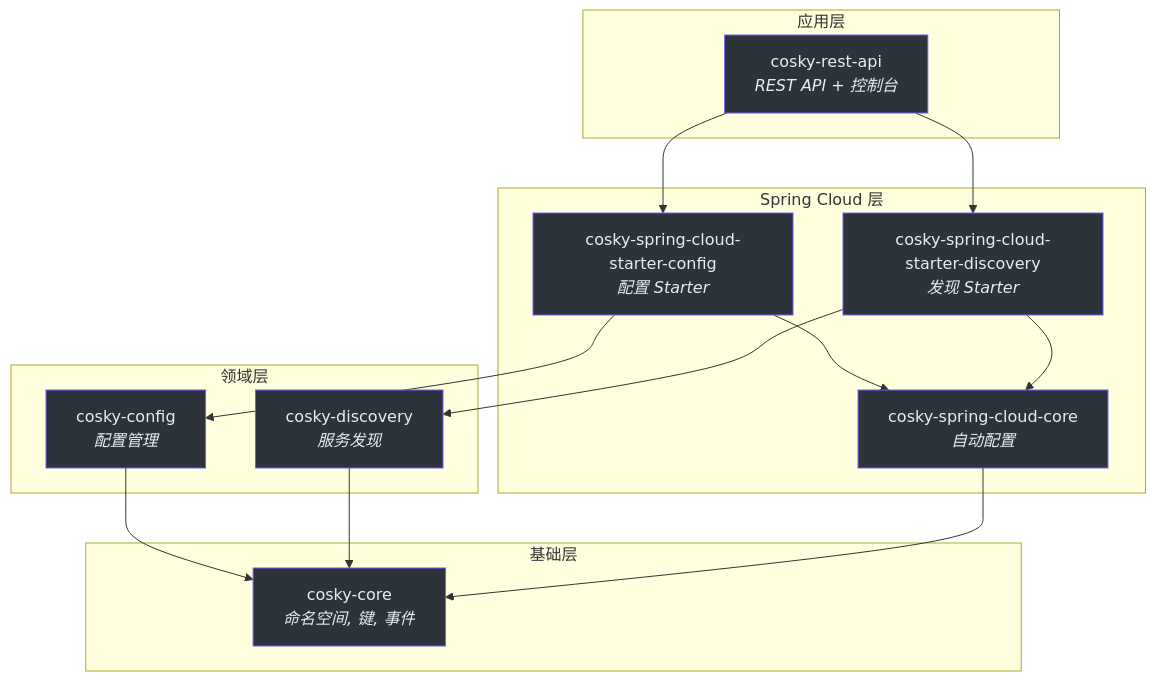
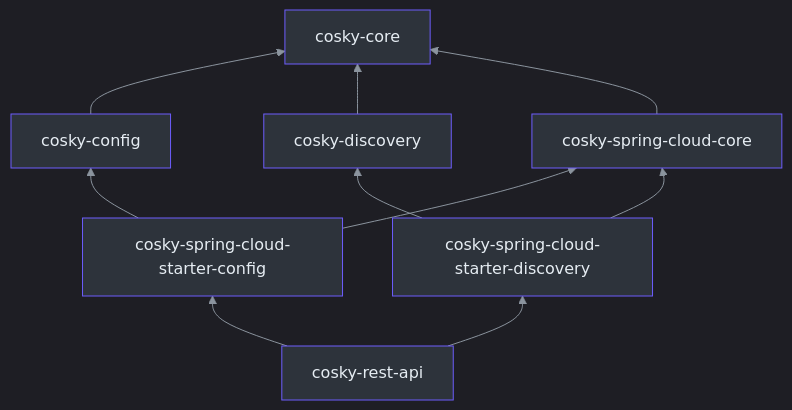
The first of 2 diagrams in wiki/zh/guide/architecture.md (Ahoo-Wang/CoSky), drawn with Mermaid before and after one commit. The commit also changed other lines of this file and 39 other files, not shown here.

````diff
--- a/wiki/zh/guide/architecture.md
+++ b/wiki/zh/guide/architecture.md
@@ -67,39 +18,21 @@
 ```mermaid
-flowchart TD
-    subgraph Foundation["基础层"]
-        cosky-core["cosky-core<br><i>命名空间, 键, 事件</i>"]
-    end
-
-    subgraph Domain["领域层"]
-        cosky-config["cosky-config<br><i>配置管理</i>"]
-        cosky-discovery["cosky-discovery<br><i>服务发现</i>"]
-    end
-
-    subgraph Spring Cloud["Spring Cloud 层"]
-        cosky-spring-cloud-core["cosky-spring-cloud-core<br><i>自动配置</i>"]
-        cosky-spring-cloud-starter-config["cosky-spring-cloud-starter-config<br><i>配置 Starter</i>"]
-        cosky-spring-cloud-starter-discovery["cosky-spring-cloud-starter-discovery<br><i>发现 Starter</i>"]
-    end
-
-    subgraph Application["应用层"]
-        cosky-rest-api["cosky-rest-api<br><i>REST API + 控制台</i>"]
-    end
-
-    cosky-config --> cosky-core
-    cosky-discovery --> cosky-core
-    cosky-spring-cloud-core --> cosky-core
-    cosky-spring-cloud-starter-config --> cosky-spring-cloud-core
-    cosky-spring-cloud-starter-config --> cosky-config
-    cosky-spring-cloud-starter-discovery --> cosky-spring-cloud-core
-    cosky-spring-cloud-starter-discovery --> cosky-discovery
-    cosky-rest-api --> cosky-spring-cloud-starter-config
-    cosky-rest-api --> cosky-spring-cloud-starter-discovery
-
-    style cosky-core fill:#2d333b,stroke:#6d5dfc,color:#e6edf3
-    style cosky-config fill:#2d333b,stroke:#6d5dfc,color:#e6edf3
-    style cosky-discovery fill:#2d333b,stroke:#6d5dfc,color:#e6edf3
-    style cosky-spring-cloud-core fill:#2d333b,stroke:#6d5dfc,color:#e6edf3
-    style cosky-spring-cloud-starter-config fill:#2d333b,stroke:#6d5dfc,color:#e6edf3
-    style cosky-spring-cloud-starter-discovery fill:#2d333b,stroke:#6d5dfc,color:#e6edf3
-    style cosky-rest-api fill:#2d333b,stroke:#6d5dfc,color:#e6edf3
+%%{init: {'theme':'dark', 'themeVariables': {'primaryColor':'#2d333b','primaryBorderColor':'#6d5dfc','primaryTextColor':'#e6edf3','lineColor':'#8b949e','secondaryColor':'#161b22','tertiaryColor':'#161b22'}}}%%
+graph BT
+    CORE["cosky-core"]
+    CONFIG["cosky-config"] --> CORE
+    DISCOVERY["cosky-discovery"] --> CORE
+    SCC["cosky-spring-cloud-core"] --> CORE
+    SCONFIG["cosky-spring-cloud-starter-config"] --> CONFIG
+    SCONFIG --> SCC
+    SDISC["cosky-spring-cloud-starter-discovery"] --> DISCOVERY
+    SDISC --> SCC
+    REST["cosky-rest-api"] --> SCONFIG
+    REST --> SDISC
+    style CORE fill:#2d333b,stroke:#6d5dfc,color:#e6edf3
+    style CONFIG fill:#2d333b,stroke:#6d5dfc,color:#e6edf3
+    style DISCOVERY fill:#2d333b,stroke:#6d5dfc,color:#e6edf3
+    style SCC fill:#2d333b,stroke:#6d5dfc,color:#e6edf3
+    style SCONFIG fill:#2d333b,stroke:#6d5dfc,color:#e6edf3
+    style SDISC fill:#2d333b,stroke:#6d5dfc,color:#e6edf3
+    style REST fill:#2d333b,stroke:#6d5dfc,color:#e6edf3
 ```
````
